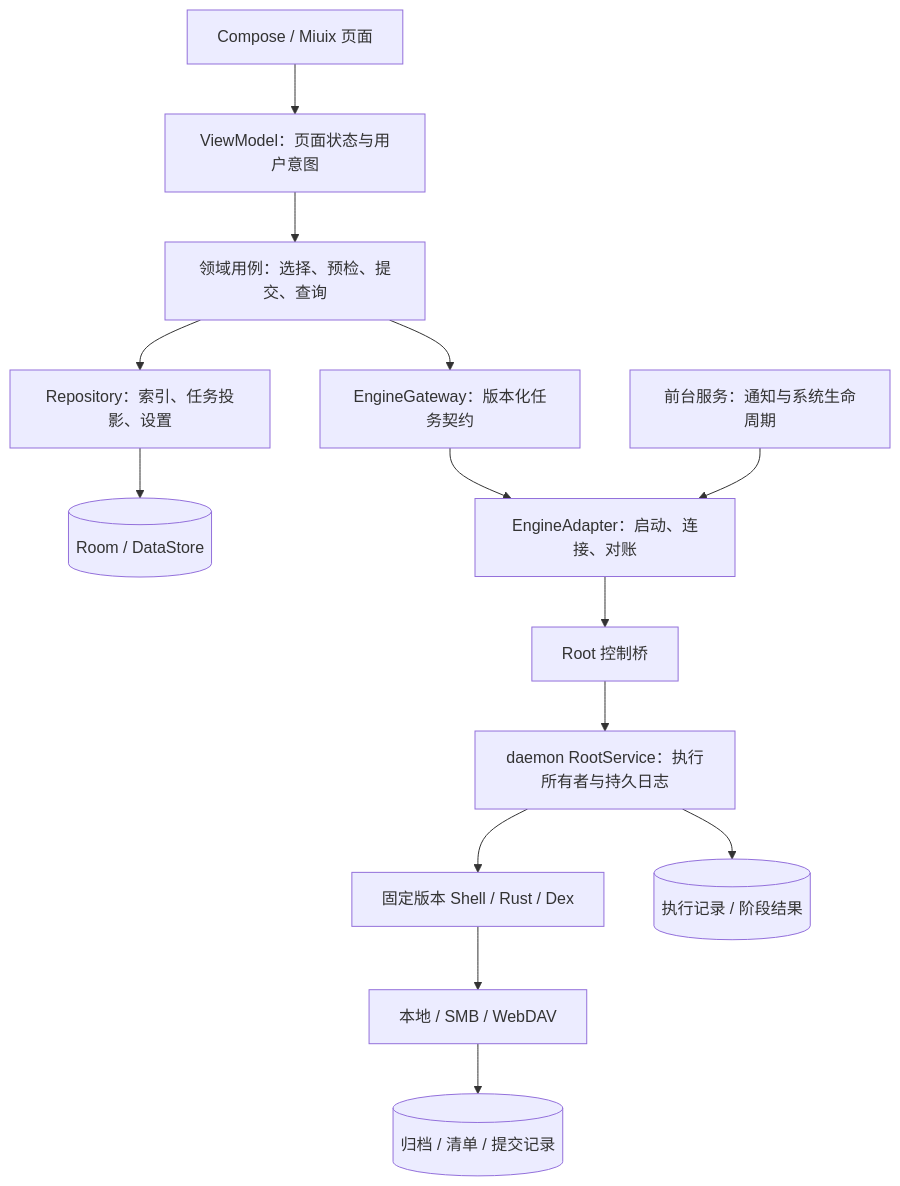
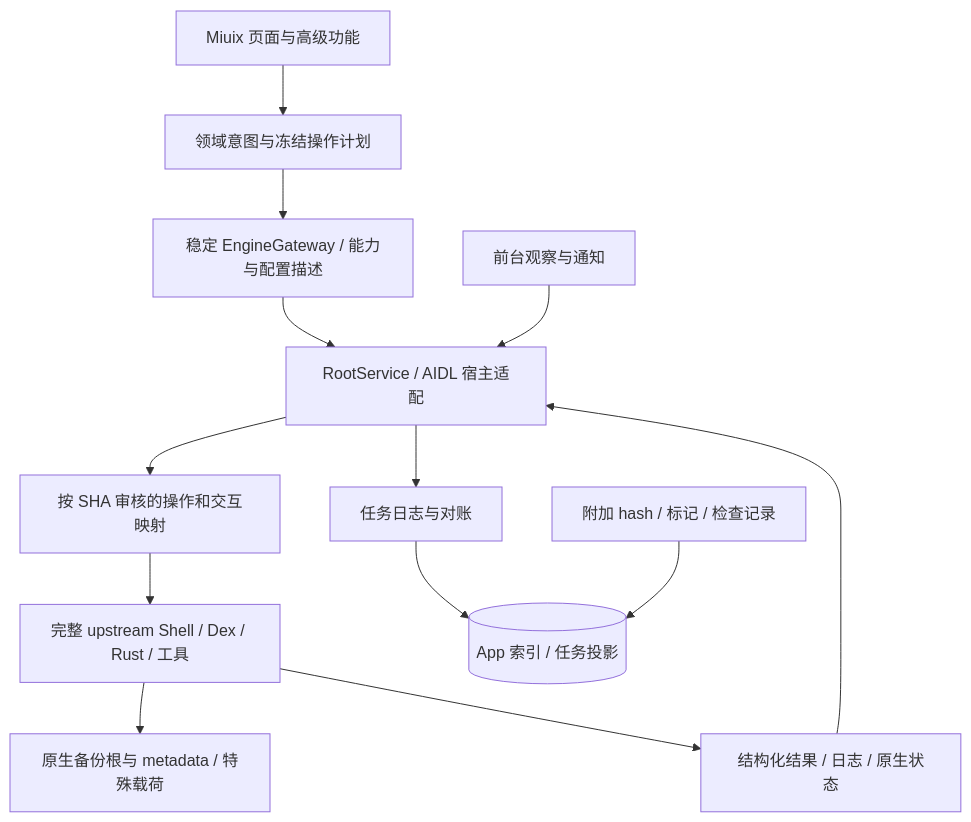
One commit to KiritoXDone/HyperBackup changed the diagram in docs/ARCHITECTURE.md. Above: the diagram before and after it, drawn with Mermaid. The commit also changed other lines of this file and 15 other files, not shown here.

````diff
--- a/docs/ARCHITECTURE.md
+++ b/docs/ARCHITECTURE.md
@@ -9,16 +9,15 @@
 ```mermaid
 flowchart TB
-  UI[Compose / Miuix 页面] --> VM[ViewModel：页面状态与用户意图]
-  VM --> D[领域用例：选择、预检、提交、查询]
-  D --> R[Repository：索引、任务投影、设置]
-  R --> DB[(Room / DataStore)]
-  D --> E[EngineGateway：版本化任务契约]
-  E --> A[EngineAdapter：启动、连接、对账]
-  A --> B[Root 控制桥]
-  B --> S[daemon RootService：执行所有者与持久日志]
-  S --> U[固定版本 Shell / Rust / Dex]
-  U --> L[本地 / SMB / WebDAV]
-  F[前台服务：通知与系统生命周期] --> A
-  S --> J[(执行记录 / 阶段结果)]
-  L --> M[(归档 / 清单 / 提交记录)]
+  UI[Miuix 页面与高级功能] --> D[领域意图与冻结操作计划]
+  D --> G[稳定 EngineGateway / 能力与配置描述]
+  G --> B[RootService / AIDL 宿主适配]
+  B --> A[按 SHA 审核的操作和交互映射]
+  A --> U[完整 upstream Shell / Dex / Rust / 工具]
+  U --> P[原生备份根与 metadata / 特殊载荷]
+  U --> E[结构化结果 / 日志 / 原生状态]
+  E --> B
+  B --> J[任务日志与对账]
+  J --> DB[(App 索引 / 任务投影)]
+  F[前台观察与通知] --> B
+  O[附加 hash / 标记 / 检查记录] --> DB
 ```
````
